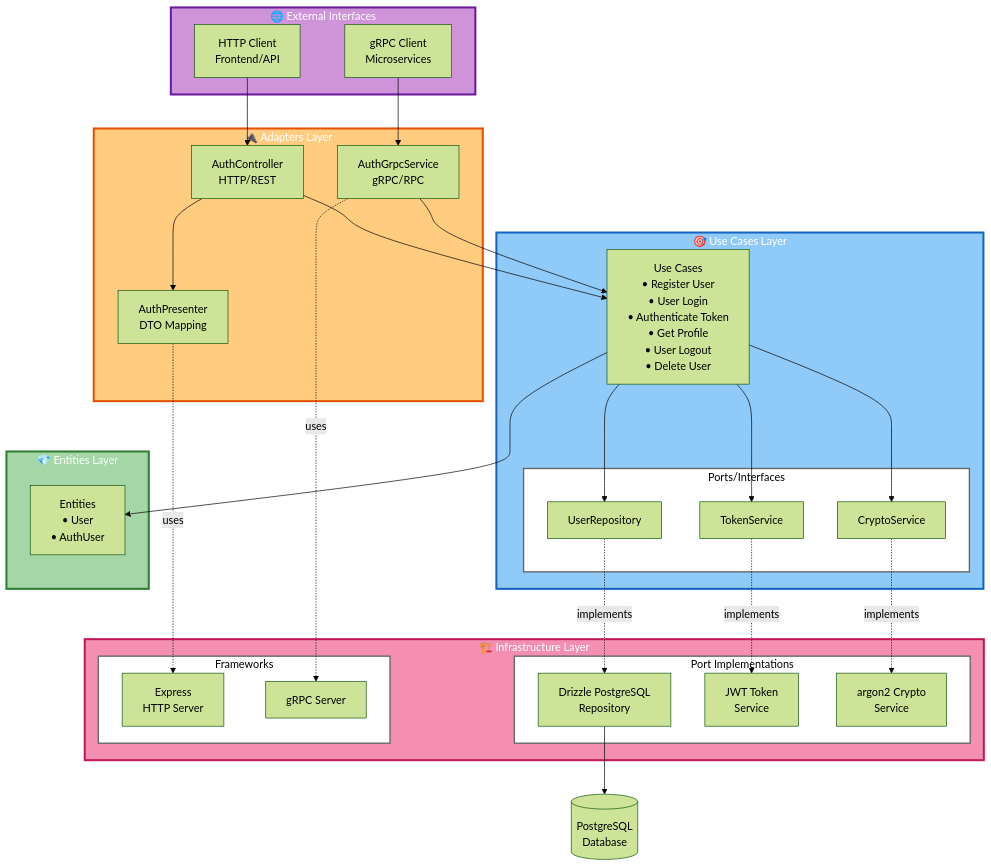
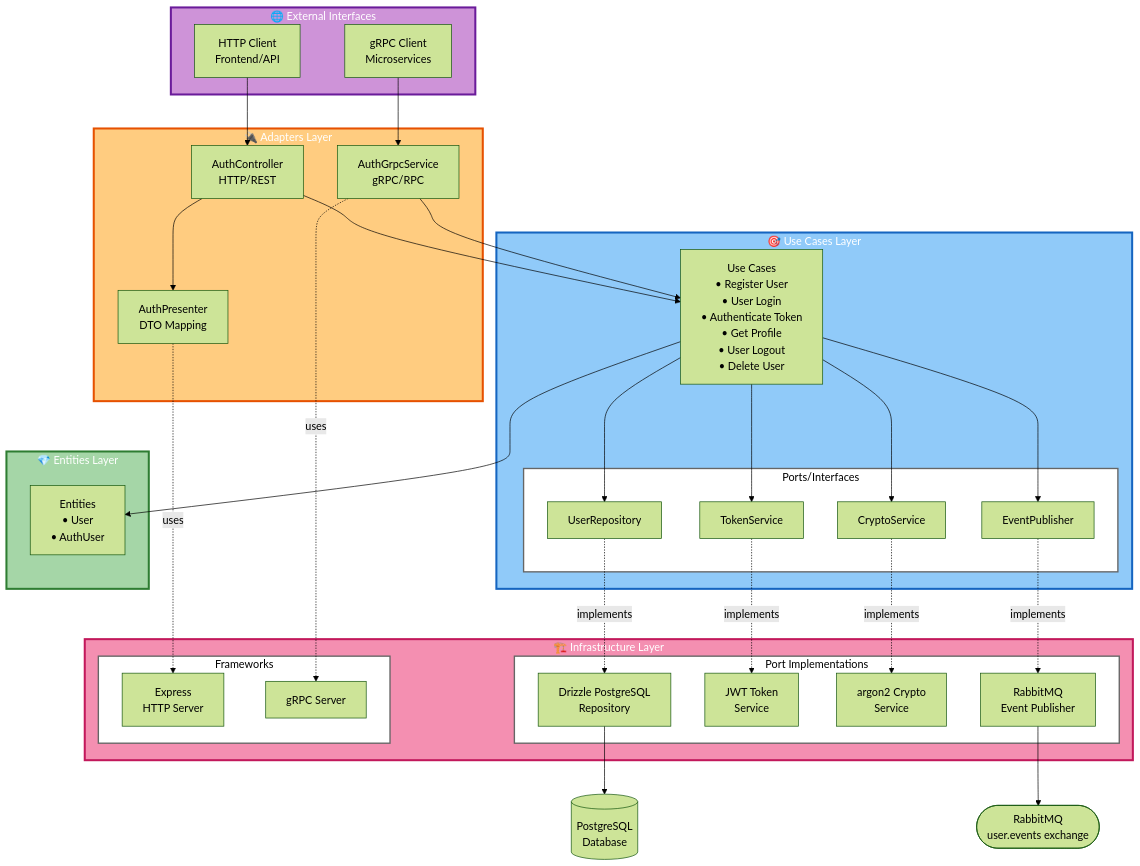
Before and after one commit to CloudNativeDevelopmentTeamH/auth: the diagram in architecture.md, drawn with Mermaid (forest theme). The commit also changed 2 other files, not shown here.

Commit message:
extend documentation by rabbitmq

````diff
--- a/architecture.md
+++ b/architecture.md
@@ -5,72 +5,78 @@
 ```mermaid
 graph TB
     subgraph External["🌐 External Interfaces"]
         HTTP[HTTP Client<br/>Frontend/API]
         GRPC[gRPC Client<br/>Microservices]
     end
 
     subgraph Adapters["🔌 Adapters Layer"]
         Controller[AuthController<br/>HTTP/REST]
         GrpcService[AuthGrpcService<br/>gRPC/RPC]
         Presenter[AuthPresenter<br/>DTO Mapping]
     end
 
     subgraph UseCases["🎯 Use Cases Layer"]
         UseCaseBox["Use Cases<br/>• Register User<br/>• User Login<br/>• Authenticate Token<br/>• Get Profile<br/>• User Logout<br/>• Delete User"]
         
         subgraph Ports["Ports/Interfaces"]
             UserRepo[UserRepository]
             TokenSvc[TokenService]
             CryptoSvc[CryptoService]
+            EventPub[EventPublisher]
         end
     end
 
     subgraph Entities["💎 Entities Layer"]
         EntityBox["Entities<br/>• User<br/>• AuthUser"]
     end
 
     subgraph Infrastructure["🏗️ Infrastructure Layer"]
         subgraph Implementations["Port Implementations"]
             DrizzleRepo[Drizzle PostgreSQL<br/>Repository]
             JWTService[JWT Token<br/>Service]
             ArgonService[argon2 Crypto<br/>Service]
+            RabbitMQPublisher[RabbitMQ<br/>Event Publisher]
         end
         
         subgraph Frameworks["Frameworks"]
             Express[Express<br/>HTTP Server]
             GrpcServer[gRPC Server]
         end
     end
     
     Database[(PostgreSQL<br/>Database)]
+    RabbitMQ([RabbitMQ<br/>user.events exchange])
 
     HTTP --> Controller
     GRPC --> GrpcService
     
     Controller --> UseCaseBox
     GrpcService --> UseCaseBox
     
     UseCaseBox --> UserRepo
     UseCaseBox --> TokenSvc
     UseCaseBox --> CryptoSvc
+    UseCaseBox --> EventPub
     UseCaseBox --> EntityBox
     
     UserRepo -.implements.-> DrizzleRepo
     TokenSvc -.implements.-> JWTService
     CryptoSvc -.implements.-> ArgonService
+    EventPub -.implements.-> RabbitMQPublisher
     
     DrizzleRepo --> Database
+    RabbitMQPublisher --> RabbitMQ
     
     Controller --> Presenter
     Presenter -.uses.-> Express
     GrpcService -.uses.-> GrpcServer
 
     style Entities fill:#a5d6a7,stroke:#2e7d32,stroke-width:3px,color:#fff
     style UseCases fill:#90caf9,stroke:#1565c0,stroke-width:3px,color:#fff
     style Adapters fill:#ffcc80,stroke:#e65100,stroke-width:3px,color:#fff
     style Infrastructure fill:#f48fb1,stroke:#c2185b,stroke-width:3px,color:#fff
     style External fill:#ce93d8,stroke:#6a1b9a,stroke-width:3px,color:#fff
     style Ports fill:#fff,stroke:#666,stroke-width:2px,color:#000
     style Implementations fill:#fff,stroke:#666,stroke-width:2px,color:#000
     style Frameworks fill:#fff,stroke:#666,stroke-width:2px,color:#000
 ```
````
